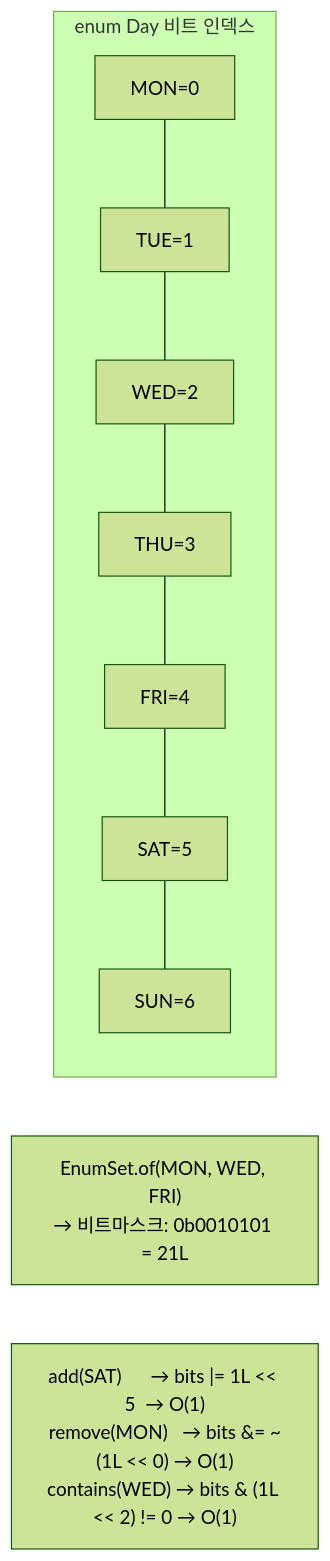
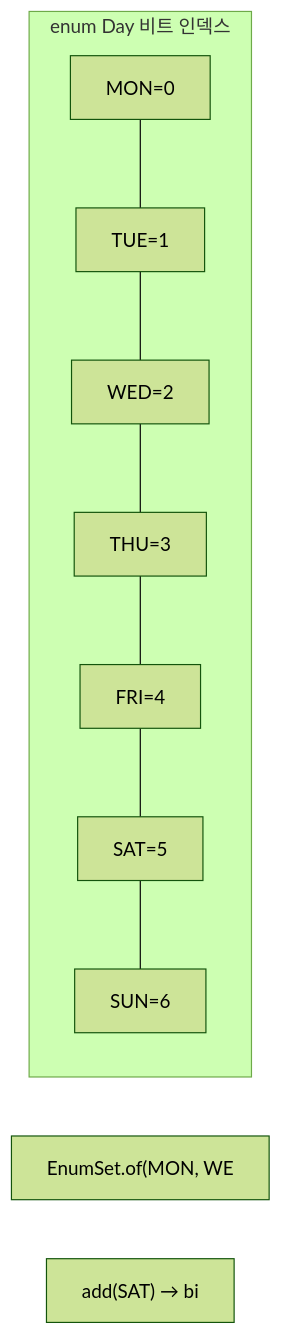
Before and after one commit to yjkim2015/yjkim2015.github.io: the tenth of 21 diagrams in _posts/java/2026-05-01-java-collections.md, drawn with Mermaid (forest theme). The commit also changed other lines of this file and 271 other files, not shown here.

First line of the commit message:
Mermaid 라벨 축소: 긴 노드 텍스트 18자 이하로 트림 + \n 제거

````diff
--- a/_posts/java/2026-05-01-java-collections.md
+++ b/_posts/java/2026-05-01-java-collections.md
@@ -416,8 +416,8 @@
 ```mermaid
 graph LR
     subgraph "enum Day 비트 인덱스"
         MON["MON=0"] --- TUE["TUE=1"] --- WED["WED=2"] --- THU["THU=3"] --- FRI["FRI=4"] --- SAT["SAT=5"] --- SUN["SUN=6"]
     end
-    MASK["EnumSet.of(MON, WED, FRI)<br>→ 비트마스크: 0b0010101 = 21L"]
-    OPS["add(SAT)      → bits |= 1L << 5  → O(1)<br>remove(MON)   → bits &= ~(1L << 0) → O(1)<br>contains(WED) → bits & (1L << 2) != 0 → O(1)"]
+    MASK["EnumSet.of(MON, WE"]
+    OPS["add(SAT)      → bi"]
 ```
````
